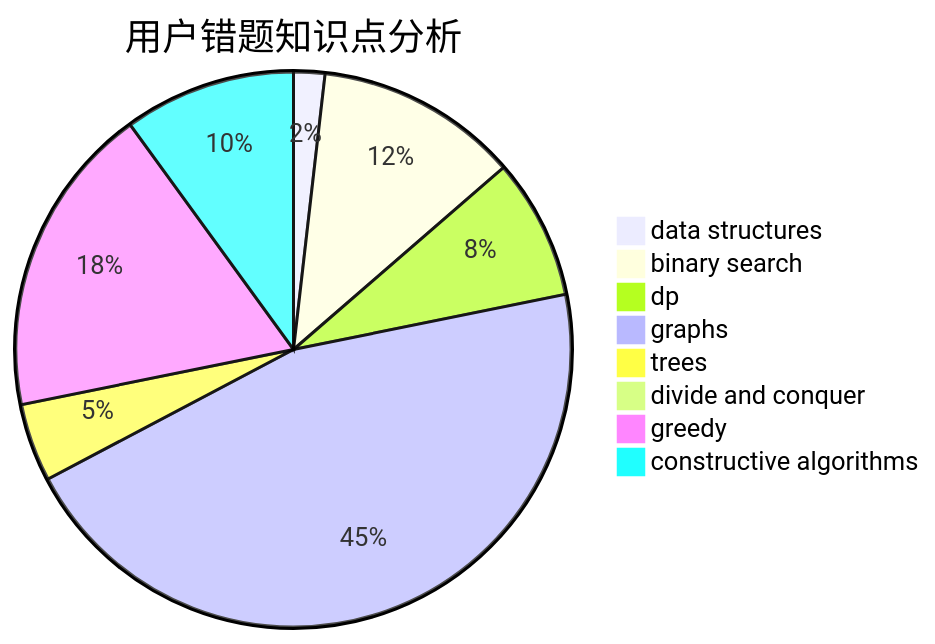
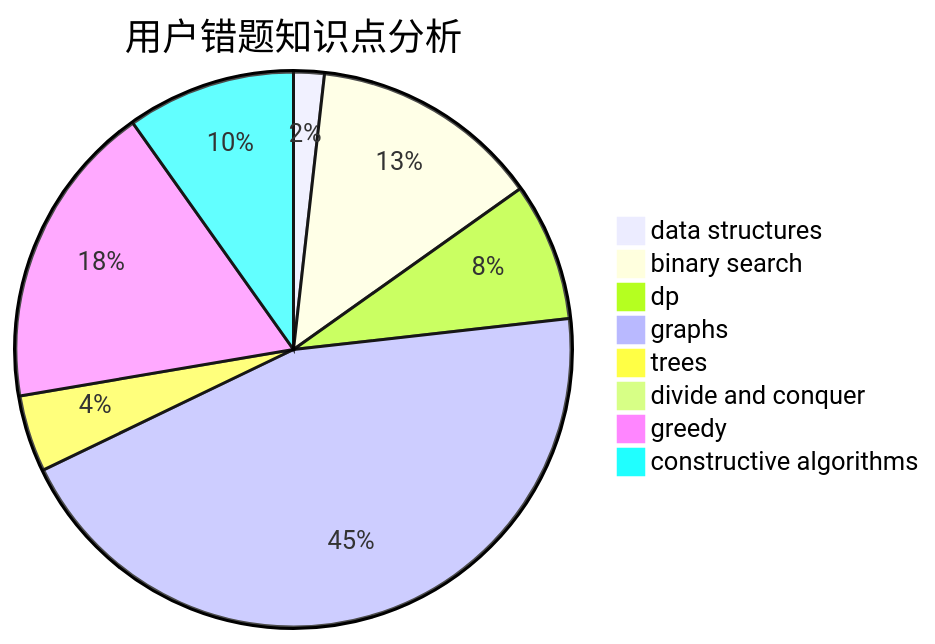
Before and after one commit to sherpahu/cfrs.github.io: the third of 3 diagrams in docs/user/u219.md, drawn with Mermaid. The commit also changed other lines of this file and 2770 other files, not shown here.

````diff
--- a/docs/user/u219.md
+++ b/docs/user/u219.md
@@ -36,11 +36,11 @@
 ```mermaid
 pie title 用户错题知识点分析
     "data structures" :  2
-    "binary search" :  13
+    "binary search" :  15
     "dp" :  9
     "graphs" :  50
     "trees" :  5
     "divide and conquer" :  0
     "greedy" :  20
     "constructive algorithms" :  11
 ```
````
